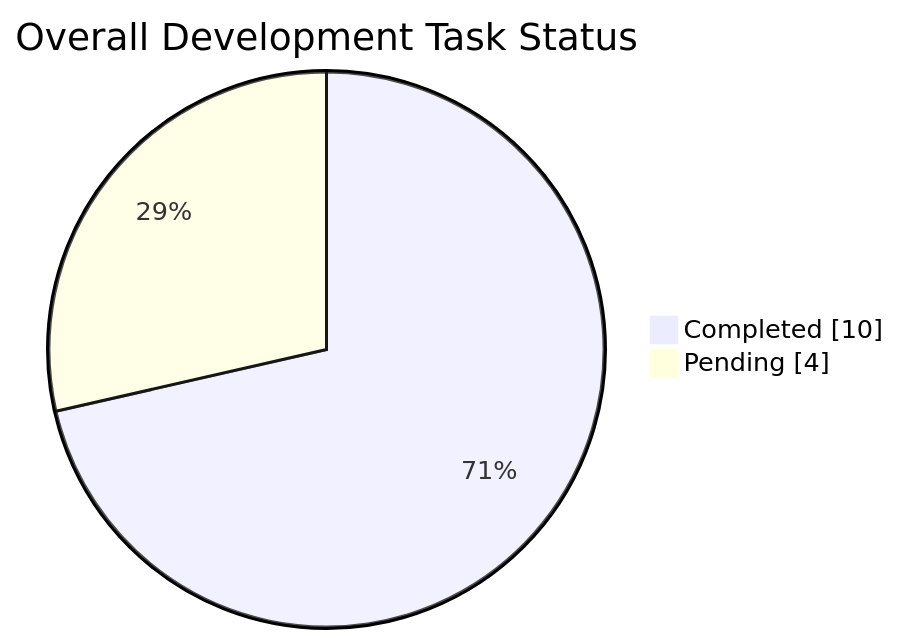
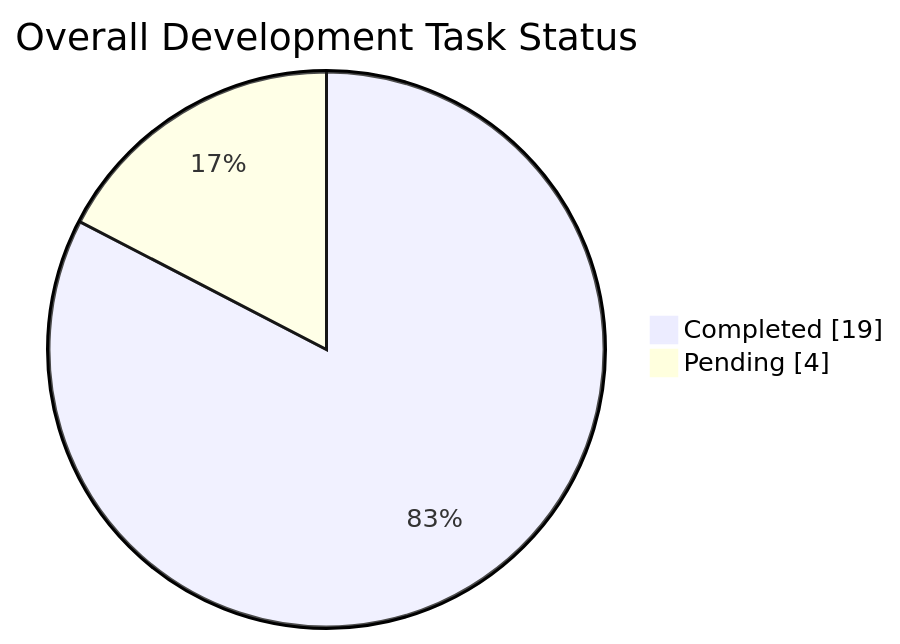
The first of 2 diagrams in Global_Summary.md (Realityspeaker/My-Work-Diary), drawn with Mermaid before and after one commit. The commit also changed other lines of this file, not shown here.

````diff
--- a/Global_Summary.md
+++ b/Global_Summary.md
@@ -24,6 +25,6 @@
 ```mermaid
 pie showData
     title Overall Development Task Status
-    "Completed" : 10
+    "Completed" : 19
     "Pending" : 4
 ```
````
